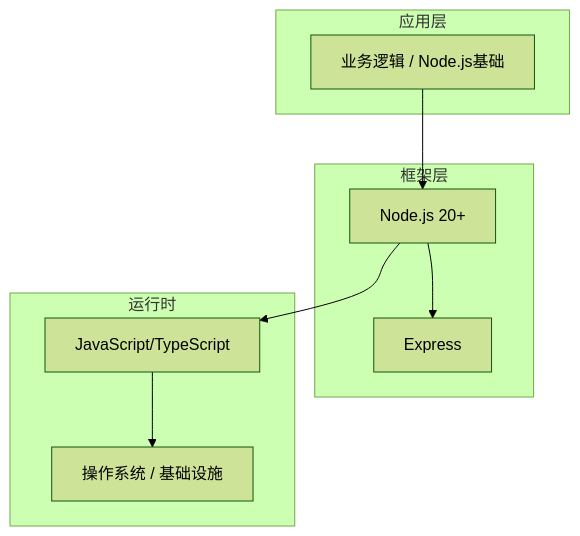
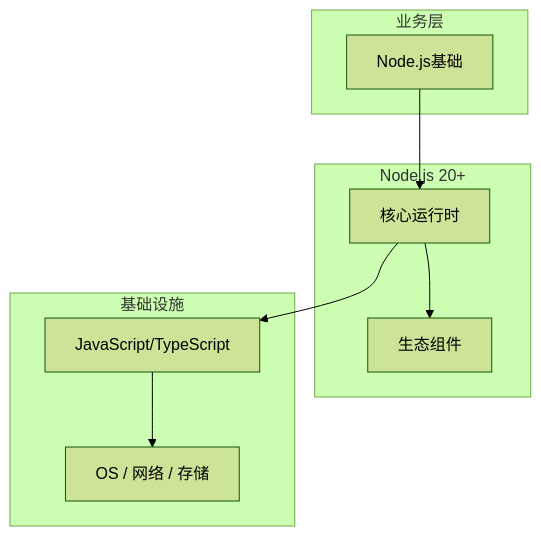
One commit to yanggan2015/knowledge-json-v2 changed the diagram in articles/Node.js/chapters/001-Node.js基础核心概念与原理.md. Above: the diagram before and after it, drawn with Mermaid (forest theme). The commit also changed other lines of this file and 10127 other files, not shown here.

````diff
--- a/articles/Node.js/chapters/001-Node.js基础核心概念与原理.md
+++ b/articles/Node.js/chapters/001-Node.js基础核心概念与原理.md
@@ -45,18 +34,18 @@
 ```mermaid
 graph TB
-    subgraph 应用层
-        A[业务逻辑 / Node.js基础]
+    subgraph 业务层
+        A[Node.js基础]
     end
-    subgraph 框架层
-        B[Node.js 20+]
-        C[Express]
+    subgraph Node.js 20+
+        B[核心运行时]
+        C[生态组件]
     end
-    subgraph 运行时
+    subgraph 基础设施
         D[JavaScript/TypeScript]
-        E[操作系统 / 基础设施]
+        E[OS / 网络 / 存储]
     end
     A --> B
     B --> C
     B --> D
     D --> E
 ```
````
